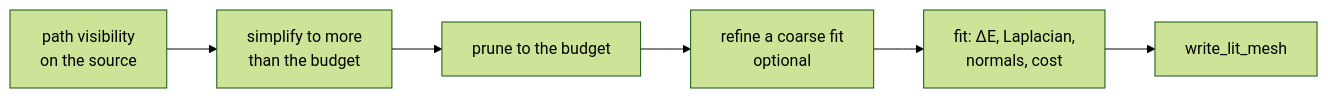
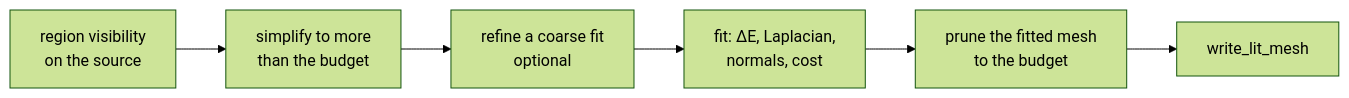
The first of 3 diagrams in docs/render/Scene-Files.md (jose-villegas/autana), drawn with Mermaid (forest theme) before and after one commit. The commit also changed 3 other files, not shown here.

Commit message:
r3d: fitted Sponza starts simplify 33000 / 15000 triangles so the post-fit prune lands on the budgets; Scene-Files fit diagram prunes after the fit

````diff
--- a/docs/render/Scene-Files.md
+++ b/docs/render/Scene-Files.md
@@ -328,8 +328,8 @@
 ```mermaid
 flowchart LR
-    V[path visibility<br/>on the source] --> S[simplify to more<br/>than the budget]
-    S --> P[prune to the budget]
-    P --> R[refine a coarse fit<br/>optional]
+    V[region visibility<br/>on the source] --> S[simplify to more<br/>than the budget]
+    S --> R[refine a coarse fit<br/>optional]
     R --> F[fit: ΔE, Laplacian,<br/>normals, cost]
-    F --> W[write_lit_mesh]
+    F --> P[prune the fitted mesh<br/>to the budget]
+    P --> W[write_lit_mesh]
 ```
````
